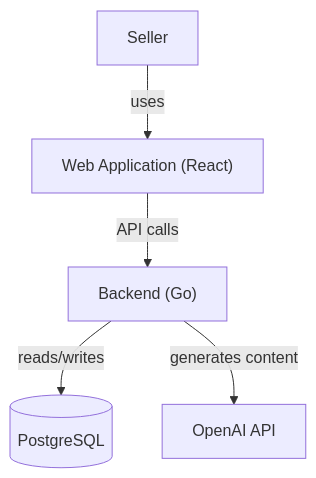
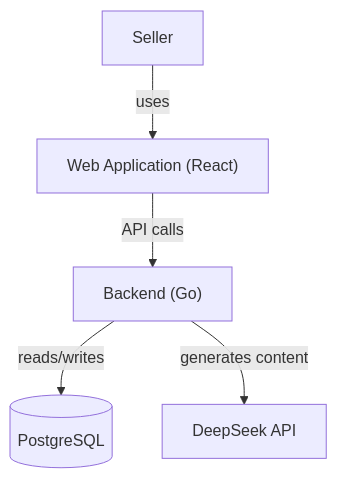
The diagram in docs/architecture/c4-context.mmd (bolitaria/ecommerce-ai-description-generator), drawn with Mermaid before and after one commit. The commit also changed 68 other files, not shown here.

Commit message:
New features, connection with DeepSeek API

```diff
--- a/docs/architecture/c4-context.mmd
+++ b/docs/architecture/c4-context.mmd
@@ -1,5 +1,5 @@
 graph TB
   User[Seller] -->|uses| WebApp["Web Application (React)"]
   WebApp -->|API calls| Backend["Backend (Go)"]
   Backend -->|reads/writes| DB[(PostgreSQL)]
-  Backend -->|generates content| OpenAI["OpenAI API"]
+  Backend -->|generates content| DeepSeek["DeepSeek API"]
```
